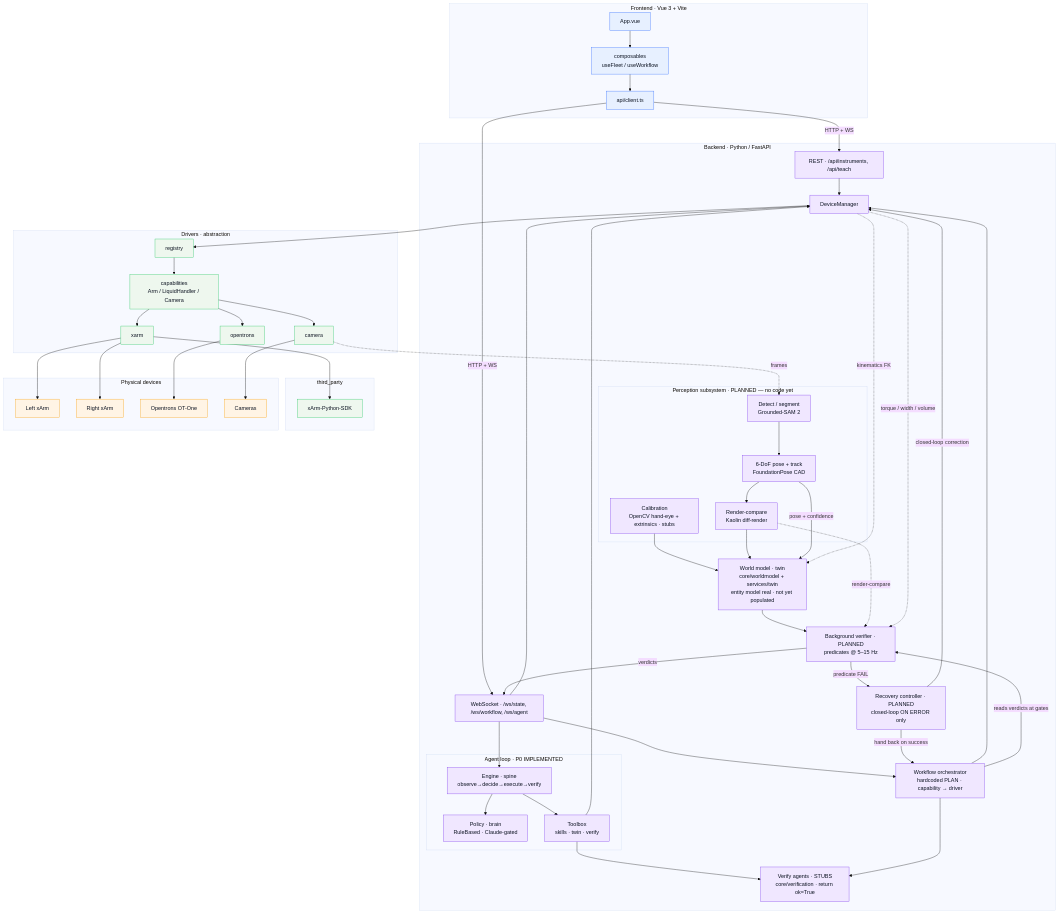
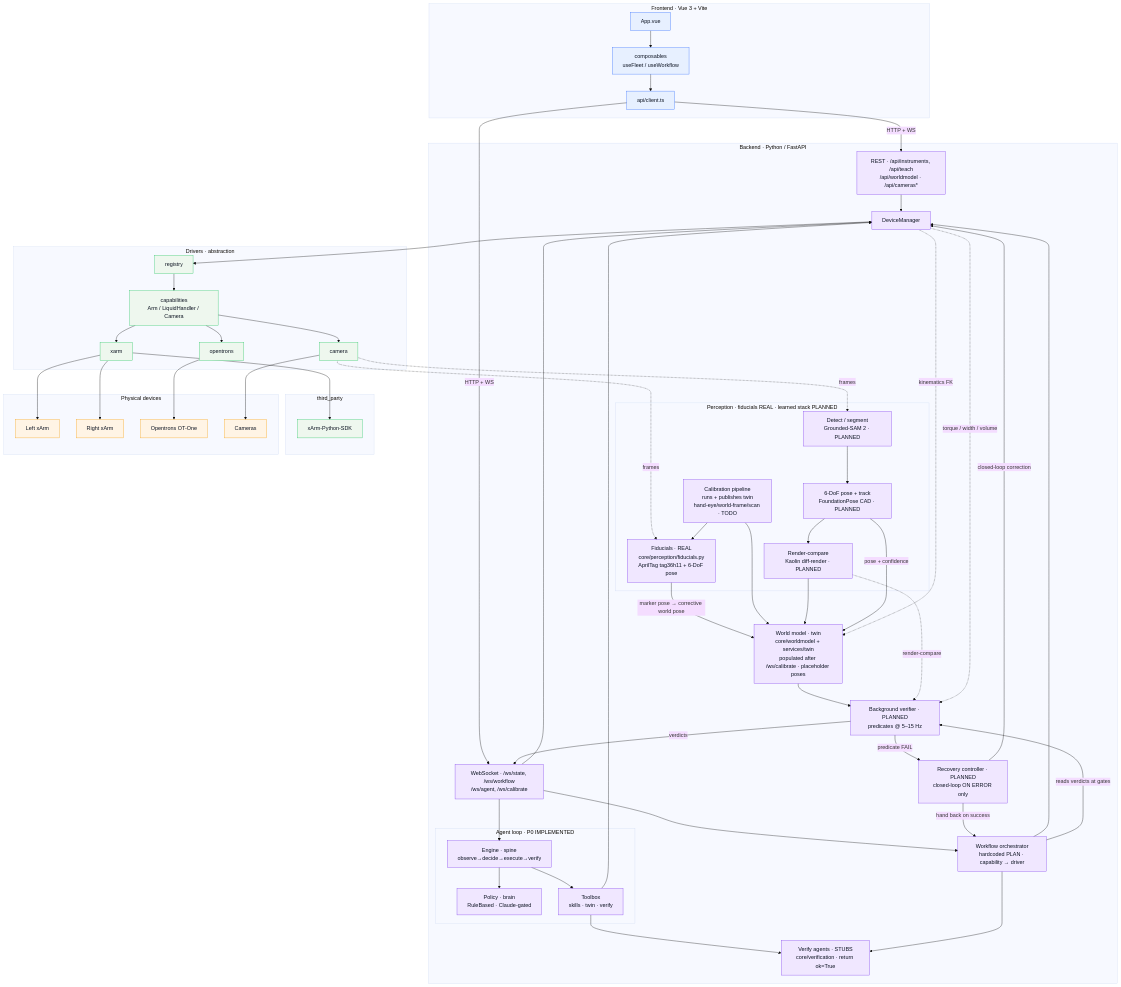
Before and after one commit to Lbromig/hackathon-zeon: the diagram in docs/ARCHITECTURE.md, drawn with Mermaid (base theme). The commit also changed other lines of this file and 3 other files, not shown here.

Commit message:
docs(pm): reanalyze 2026-07-25T23:32Z — fiducial perception + calibration twin now real; verifiers still stubbed (top risk); flag unmounted cameras router; refine vision

```diff
--- a/docs/ARCHITECTURE.md
+++ b/docs/ARCHITECTURE.md
@@ -17,8 +17,8 @@
   end
 
   subgraph BE[Backend · Python / FastAPI]
-    REST[REST · /api/instruments, /api/teach]:::be
-    WS[WebSocket · /ws/state, /ws/workflow, /ws/agent]:::be
+    REST[REST · /api/instruments, /api/teach<br/>/api/worldmodel · /api/cameras*]:::be
+    WS[WebSocket · /ws/state, /ws/workflow<br/>/ws/agent, /ws/calibrate]:::be
     DM[DeviceManager]:::be
     WF[Workflow orchestrator<br/>hardcoded PLAN · capability → driver]:::be
     subgraph AG[Agent loop · P0 IMPLEMENTED]
@@ -27,13 +27,14 @@
       TB[Toolbox<br/>skills · twin · verify]:::be
     end
     VER[Verify agents · STUBS<br/>core/verification · return ok=True]:::be
-    subgraph PER[Perception subsystem · PLANNED — no code yet]
-      CAL[Calibration<br/>OpenCV hand-eye + extrinsics · stubs]:::be
-      DET[Detect / segment<br/>Grounded-SAM 2]:::be
-      POSE[6-DoF pose + track<br/>FoundationPose CAD]:::be
-      RC[Render-compare<br/>Kaolin diff-render]:::be
+    subgraph PER[Perception · fiducials REAL · learned stack PLANNED]
+      FID[Fiducials · REAL<br/>core/perception/fiducials.py<br/>AprilTag tag36h11 + 6-DoF pose]:::be
+      CAL[Calibration pipeline<br/>runs + publishes twin<br/>hand-eye/world-frame/scan · TODO]:::be
+      DET[Detect / segment<br/>Grounded-SAM 2 · PLANNED]:::be
+      POSE[6-DoF pose + track<br/>FoundationPose CAD · PLANNED]:::be
+      RC[Render-compare<br/>Kaolin diff-render · PLANNED]:::be
     end
-    WM[World model · twin<br/>core/worldmodel + services/twin<br/>entity model real · not yet populated]:::be
+    WM[World model · twin<br/>core/worldmodel + services/twin<br/>populated after /ws/calibrate · placeholder poses]:::be
     BV[Background verifier · PLANNED<br/>predicates @ 5–15 Hz]:::be
     REC[Recovery controller · PLANNED<br/>closed-loop ON ERROR only]:::be
   end
@@ -81,6 +82,9 @@
   CAMd --> CAMS
 
   %% perception → twin → verify → recover loop
+  CAMd -. frames .-> FID
+  FID -->|marker pose → corrective world pose| WM
+  CAL --> FID
   CAMd -. frames .-> DET
   DET --> POSE
   POSE --> RC
```
